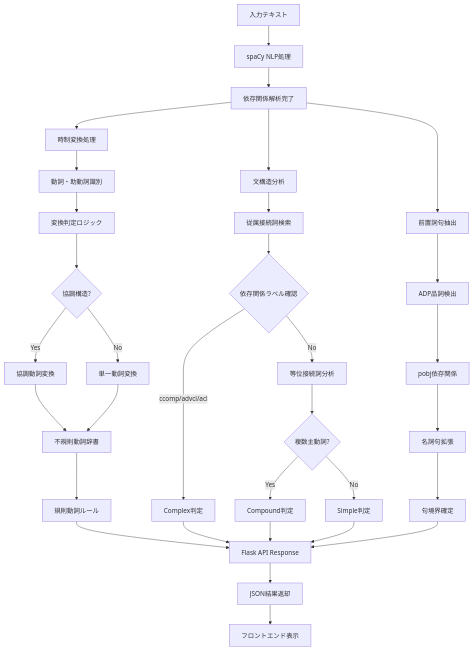
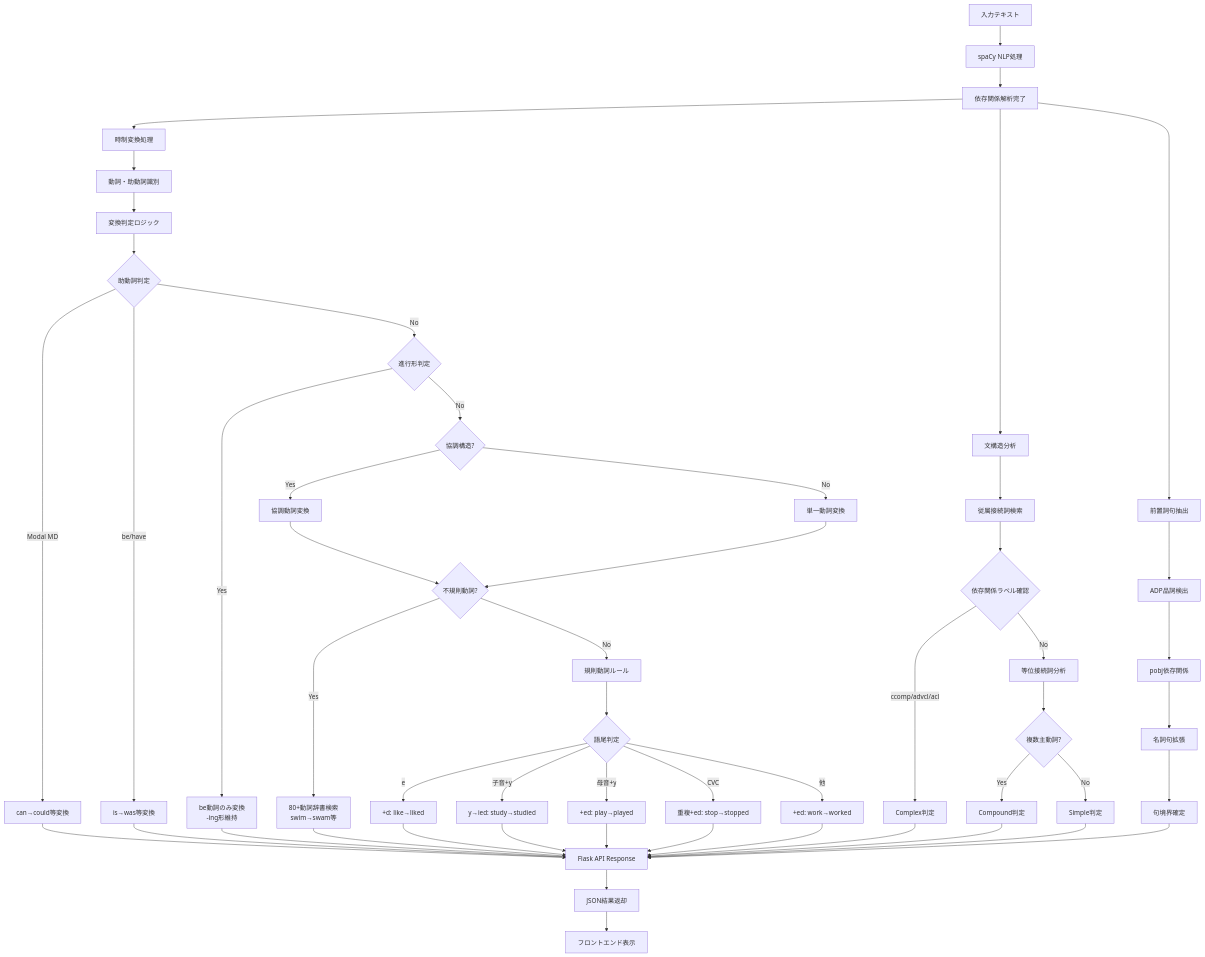
Before and after one commit to Hina524/patterns_and_language: the first of 3 diagrams in report.md, drawn with Mermaid. The commit also changed other lines of this file and 19 other files, not shown here.

````diff
--- a/report.md
+++ b/report.md
@@ -117,38 +143,61 @@
 ``` mermaid
 flowchart TD
     A[入力テキスト] --> B[spaCy NLP処理]
     B --> C[依存関係解析完了]
     C --> D[時制変換処理]
     C --> E[文構造分析]
     C --> F[前置詞句抽出]
     
     D --> D1[動詞・助動詞識別]
     D1 --> D2[変換判定ロジック]
-    D2 --> D3{協調構造?}
-    D3 -->|Yes| D4[協調動詞変換]
-    D3 -->|No| D5[単一動詞変換]
-    D4 --> D6[不規則動詞辞書]
-    D5 --> D6
-    D6 --> D7[規則動詞ルール]
+    D2 --> D3{助動詞判定}
+    D3 -->|Modal MD| D3A[can→could等変換]
+    D3 -->|be/have| D3B[is→was等変換]
+    D3 -->|No| D4{進行形判定}
+    D4 -->|Yes| D4A[be動詞のみ変換<br/>-ing形維持]
+    D4 -->|No| D5{協調構造?}
+    D5 -->|Yes| D6[協調動詞変換]
+    D5 -->|No| D7[単一動詞変換]
+    
+    D3A --> G[Flask API Response]
+    D3B --> G
+    D4A --> G
+    
+    D6 --> D8{不規則動詞?}
+    D7 --> D8
+    D8 -->|Yes| D9[80+動詞辞書検索<br/>swim→swam等]
+    D8 -->|No| D10[規則動詞ルール]
+    D10 --> D10A{語尾判定}
+    D10A -->|e| D10B[+d: like→liked]
+    D10A -->|子音+y| D10C[y→ied: study→studied]
+    D10A -->|母音+y| D10D[+ed: play→played]
+    D10A -->|CVC| D10E[重複+ed: stop→stopped]
+    D10A -->|他| D10F[+ed: work→worked]
+    
+    D9 --> G
+    D10B --> G
+    D10C --> G
+    D10D --> G
+    D10E --> G
+    D10F --> G
     
     E --> E1[従属接続詞検索]
     E1 --> E2{依存関係ラベル確認}
     E2 -->|ccomp/advcl/acl| E3[Complex判定]
     E2 -->|No| E4[等位接続詞分析]
     E4 --> E5{複数主動詞?}
     E5 -->|Yes| E6[Compound判定]
     E5 -->|No| E7[Simple判定]
     
     F --> F1[ADP品詞検出]
     F1 --> F2[pobj依存関係]
     F2 --> F3[名詞句拡張]
     F3 --> F4[句境界確定]
     
-    D7 --> G[Flask API Response]
     E3 --> G
     E6 --> G
     E7 --> G
     F4 --> G
     G --> H[JSON結果返却]
     H --> I[フロントエンド表示]
 ```
````
